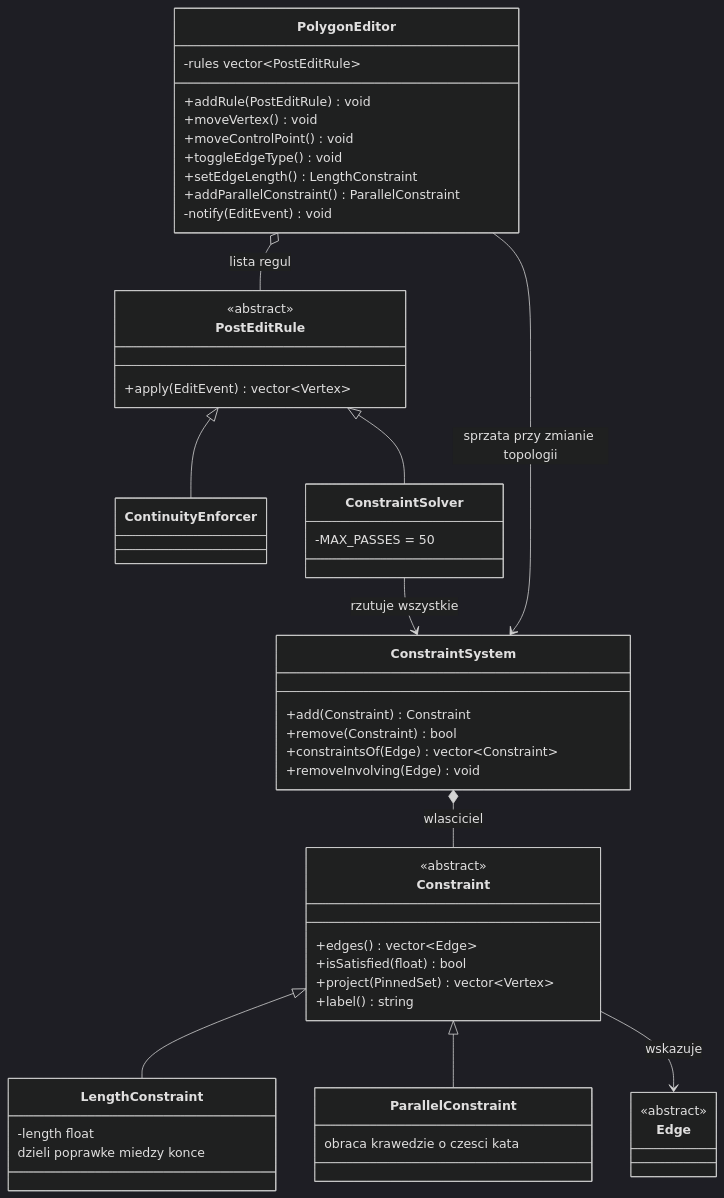
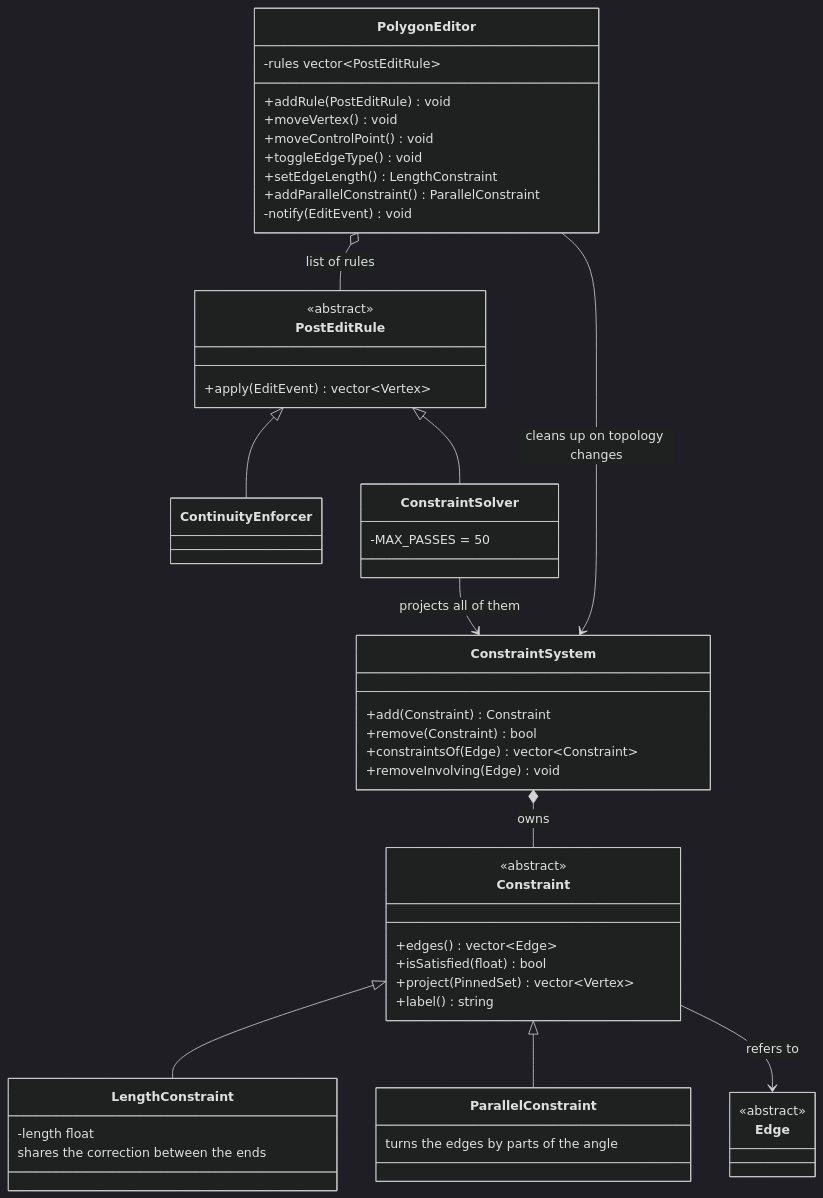
The third of 4 diagrams in README.md (PatrickFongang/Polygon-Editor), drawn with Mermaid (dark theme) before and after one commit. The commit also changed other lines of this file, not shown here.

````diff
--- a/README.md
+++ b/README.md
@@ -188,55 +188,55 @@
 ```mermaid
 classDiagram
     direction TB
     class PolygonEditor {
         -rules vector~PostEditRule~
         +addRule(PostEditRule) void
         +moveVertex() void
         +moveControlPoint() void
         +toggleEdgeType() void
         +setEdgeLength() LengthConstraint
         +addParallelConstraint() ParallelConstraint
         -notify(EditEvent) void
     }
     class PostEditRule {
         <<abstract>>
         +apply(EditEvent) vector~Vertex~
     }
     class ContinuityEnforcer
     class ConstraintSolver {
         -MAX_PASSES = 50
     }
-    PolygonEditor o-- PostEditRule : lista regul
+    PolygonEditor o-- PostEditRule : list of rules
     PostEditRule <|-- ContinuityEnforcer
     PostEditRule <|-- ConstraintSolver
 
     class ConstraintSystem {
         +add(Constraint) Constraint
         +remove(Constraint) bool
         +constraintsOf(Edge) vector~Constraint~
         +removeInvolving(Edge) void
     }
     class Constraint {
         <<abstract>>
         +edges() vector~Edge~
         +isSatisfied(float) bool
         +project(PinnedSet) vector~Vertex~
         +label() string
     }
     class LengthConstraint {
         -length float
-        dzieli poprawke miedzy konce
+        shares the correction between the ends
     }
     class ParallelConstraint {
-        obraca krawedzie o czesci kata
+        turns the edges by parts of the angle
     }
     class Edge {
         <<abstract>>
     }
     Constraint <|-- LengthConstraint
     Constraint <|-- ParallelConstraint
-    ConstraintSystem *-- Constraint : wlasciciel
-    Constraint --> Edge : wskazuje
-    ConstraintSolver --> ConstraintSystem : rzutuje wszystkie
-    PolygonEditor --> ConstraintSystem : sprzata przy zmianie topologii
+    ConstraintSystem *-- Constraint : owns
+    Constraint --> Edge : refers to
+    ConstraintSolver --> ConstraintSystem : projects all of them
+    PolygonEditor --> ConstraintSystem : cleans up on topology changes
 ```
````
